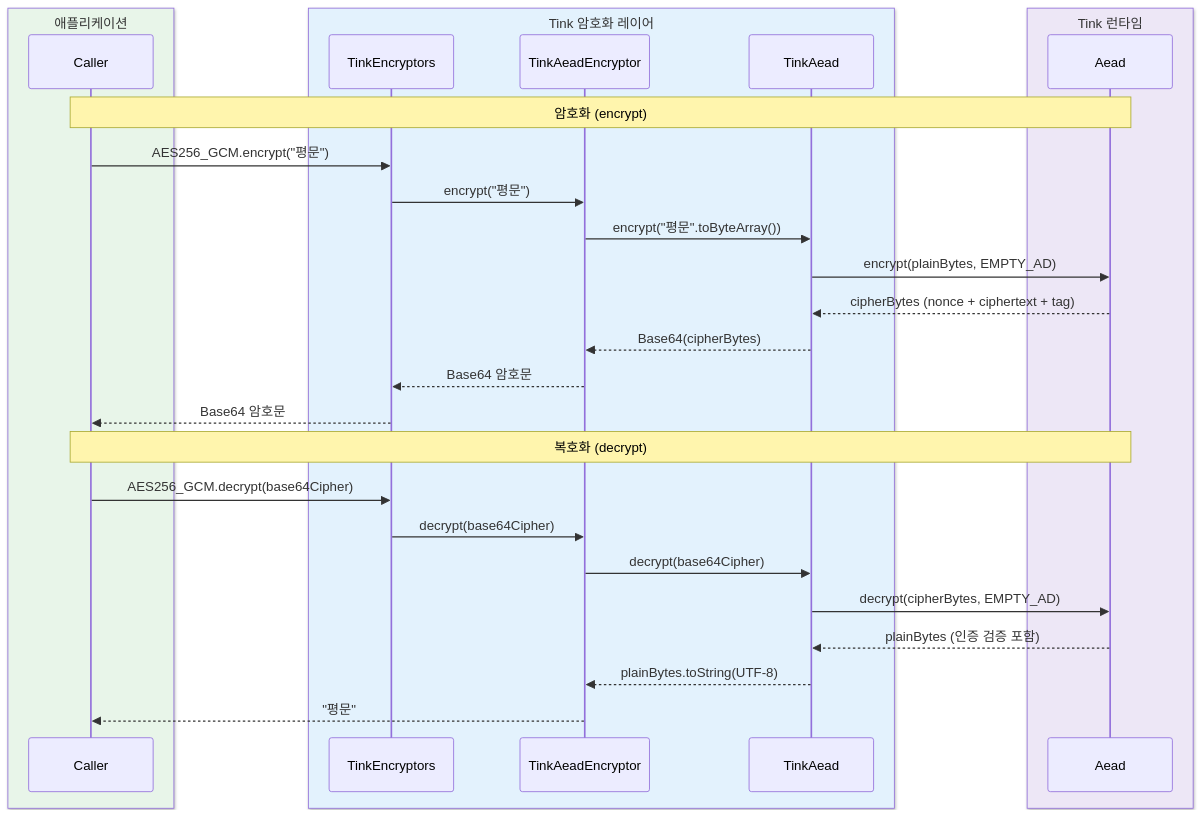
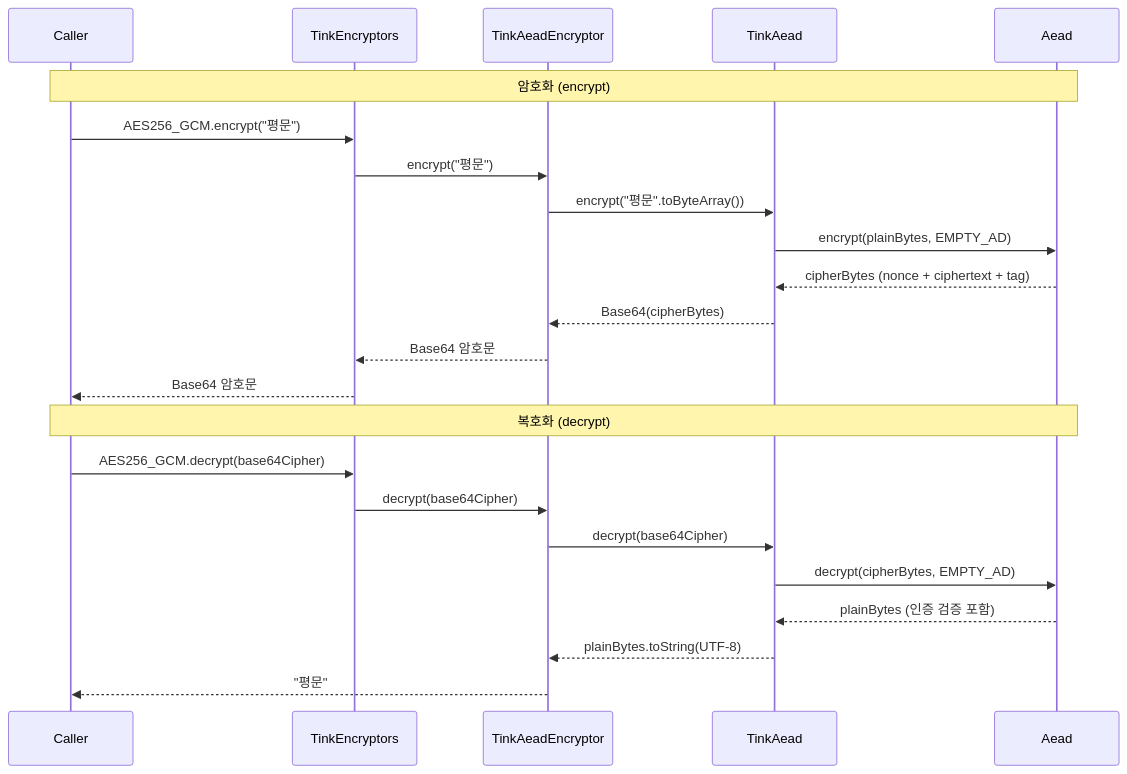
The second of 2 diagrams in io/tink/README.ko.md (bluetape4k/bluetape4k-projects), drawn with Mermaid before and after one commit. The commit also changed other lines of this file and 219 other files, not shown here.

First line of the commit message:
docs: 전체 README Mermaid 다이어그램 가이드 적용

````diff
--- a/io/tink/README.ko.md
+++ b/io/tink/README.ko.md
@@ -364,33 +364,27 @@
 ```mermaid
 sequenceDiagram
-    box rgb(232, 245, 233) 애플리케이션
         participant Caller
-    end
-    box rgb(227, 242, 253) Tink 암호화 레이어
         participant TinkEncryptors
         participant TinkAeadEncryptor
         participant TinkAead
-    end
-    box rgb(237, 231, 246) Tink 런타임
         participant Aead
-    end
 
     Note over Caller,Aead: 암호화 (encrypt)
     Caller->>TinkEncryptors: AES256_GCM.encrypt("평문")
     TinkEncryptors->>TinkAeadEncryptor: encrypt("평문")
     TinkAeadEncryptor->>TinkAead: encrypt("평문".toByteArray())
     TinkAead->>Aead: encrypt(plainBytes, EMPTY_AD)
     Aead-->>TinkAead: cipherBytes (nonce + ciphertext + tag)
     TinkAead-->>TinkAeadEncryptor: Base64(cipherBytes)
     TinkAeadEncryptor-->>TinkEncryptors: Base64 암호문
     TinkEncryptors-->>Caller: Base64 암호문
 
     Note over Caller,Aead: 복호화 (decrypt)
     Caller->>TinkEncryptors: AES256_GCM.decrypt(base64Cipher)
     TinkEncryptors->>TinkAeadEncryptor: decrypt(base64Cipher)
     TinkAeadEncryptor->>TinkAead: decrypt(base64Cipher)
     TinkAead->>Aead: decrypt(cipherBytes, EMPTY_AD)
     Aead-->>TinkAead: plainBytes (인증 검증 포함)
     TinkAead-->>TinkAeadEncryptor: plainBytes.toString(UTF-8)
     TinkAeadEncryptor-->>Caller: "평문"
 ```
````
